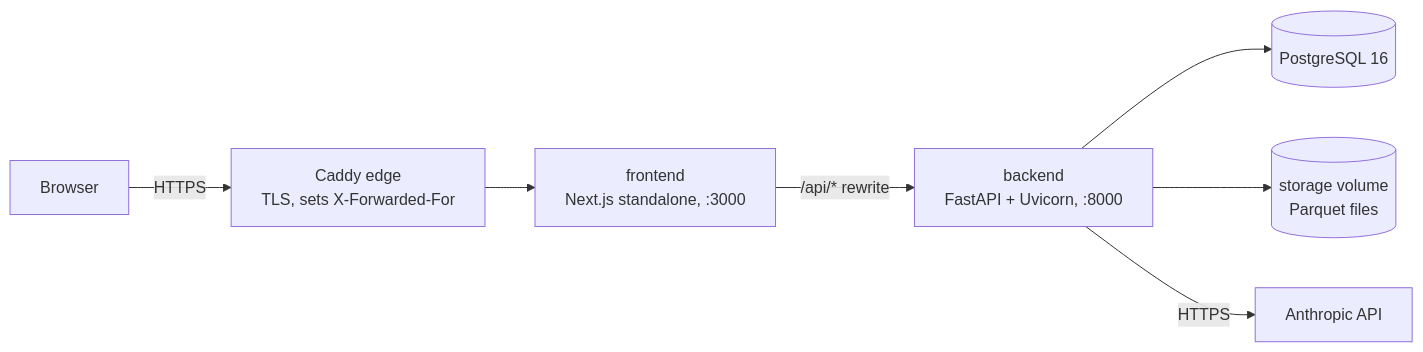
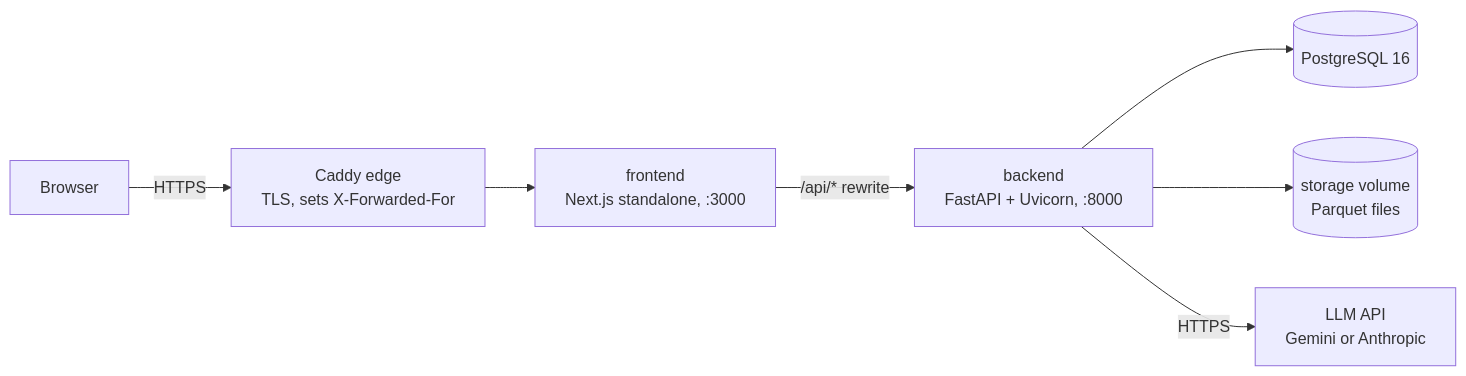
One commit to param7862989-ops/autonomous-data-analyst changed the diagram in docs/DEPLOYMENT.md. Above: the diagram before and after it, drawn with Mermaid. The commit also changed other lines of this file and 10 other files, not shown here.

Commit message:
docs: document Gemini as the default LLM provider

````diff
--- a/docs/DEPLOYMENT.md
+++ b/docs/DEPLOYMENT.md
@@ -10,9 +10,9 @@
 ```mermaid
 flowchart LR
     U[Browser] -- HTTPS --> E[Caddy edge<br/>TLS, sets X-Forwarded-For]
     E --> F[frontend<br/>Next.js standalone, :3000]
     F -- /api/* rewrite --> B[backend<br/>FastAPI + Uvicorn, :8000]
     B --> P[(PostgreSQL 16)]
     B --> V[(storage volume<br/>Parquet files)]
-    B -- HTTPS --> A[Anthropic API]
+    B -- HTTPS --> A[LLM API<br/>Gemini or Anthropic]
 ```
````
